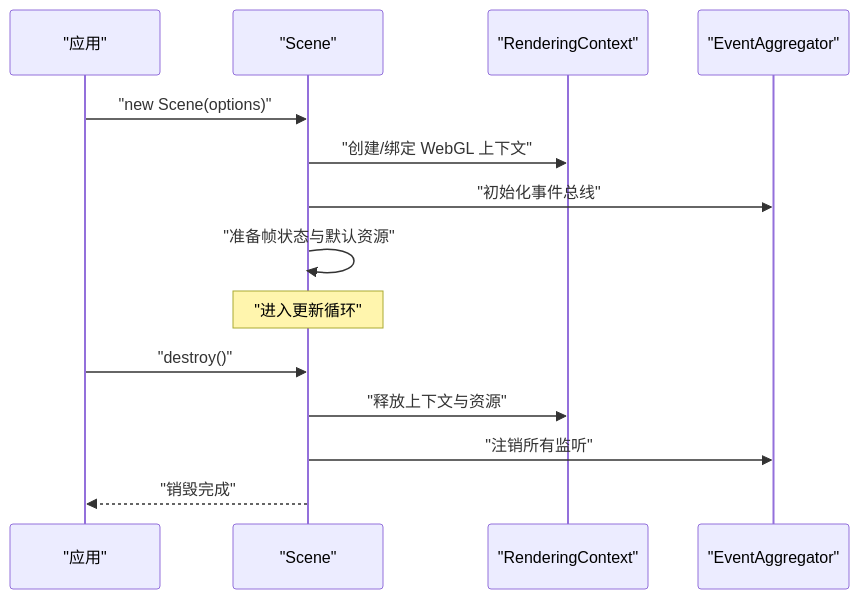
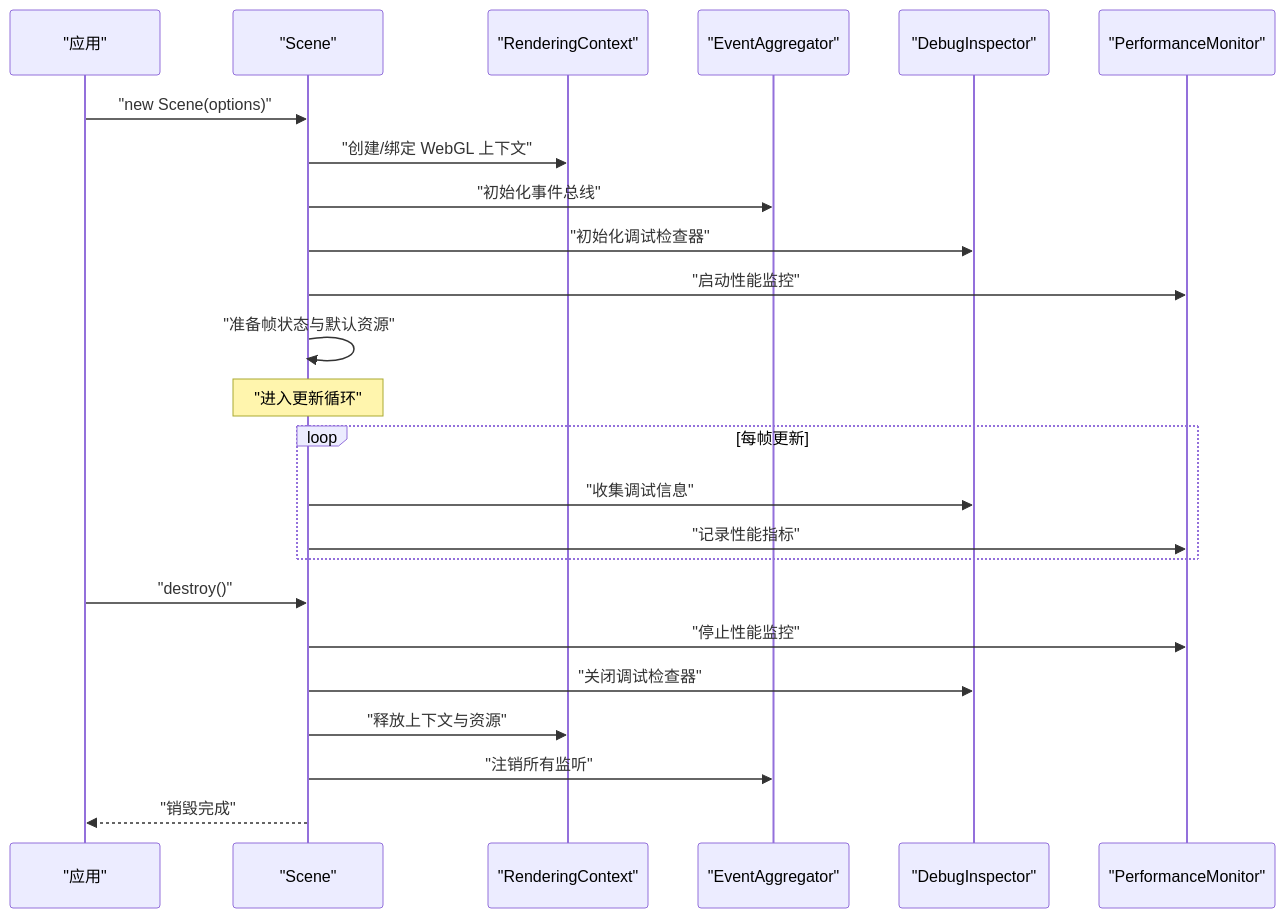
Before and after one commit to rzhangjing/cesium: the third of 8 diagrams in .qoder/repowiki/zh/content/场景管理/场景核心架构.md, drawn with Mermaid. The commit also changed other lines of this file and 52 other files, not shown here.

````diff
--- a/.qoder/repowiki/zh/content/场景管理/场景核心架构.md
+++ b/.qoder/repowiki/zh/content/场景管理/场景核心架构.md
@@ -120,16 +170,26 @@
 ```mermaid
 sequenceDiagram
 participant App as "应用"
 participant Scene as "Scene"
 participant RC as "RenderingContext"
 participant EA as "EventAggregator"
+participant DI as "DebugInspector"
+participant PM as "PerformanceMonitor"
 App->>Scene : "new Scene(options)"
 Scene->>RC : "创建/绑定 WebGL 上下文"
 Scene->>EA : "初始化事件总线"
+Scene->>DI : "初始化调试检查器"
+Scene->>PM : "启动性能监控"
 Scene->>Scene : "准备帧状态与默认资源"
 Note over Scene : "进入更新循环"
+loop 每帧更新
+Scene->>DI : "收集调试信息"
+Scene->>PM : "记录性能指标"
+end
 App->>Scene : "destroy()"
+Scene->>PM : "停止性能监控"
+Scene->>DI : "关闭调试检查器"
 Scene->>RC : "释放上下文与资源"
 Scene->>EA : "注销所有监听"
 Scene-->>App : "销毁完成"
 ```
````
